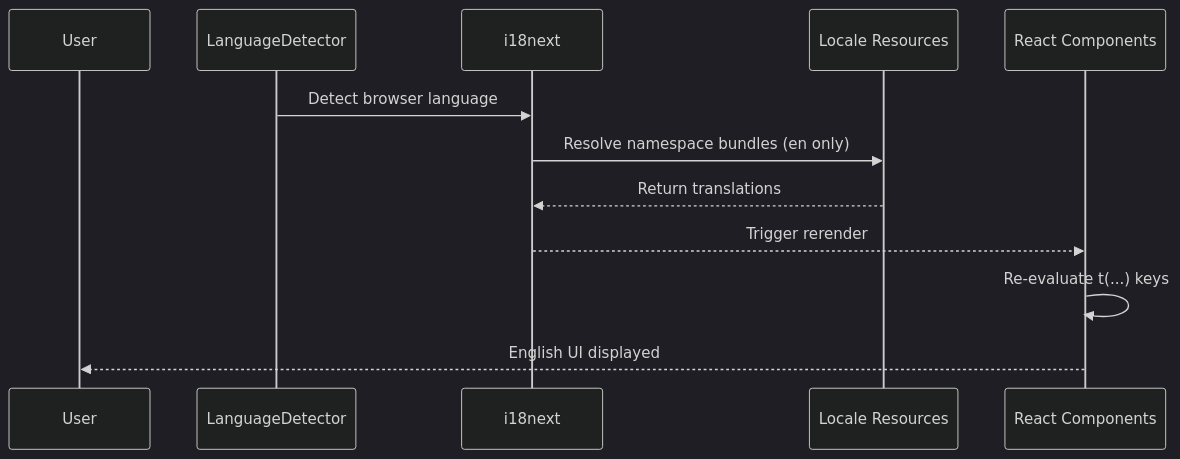
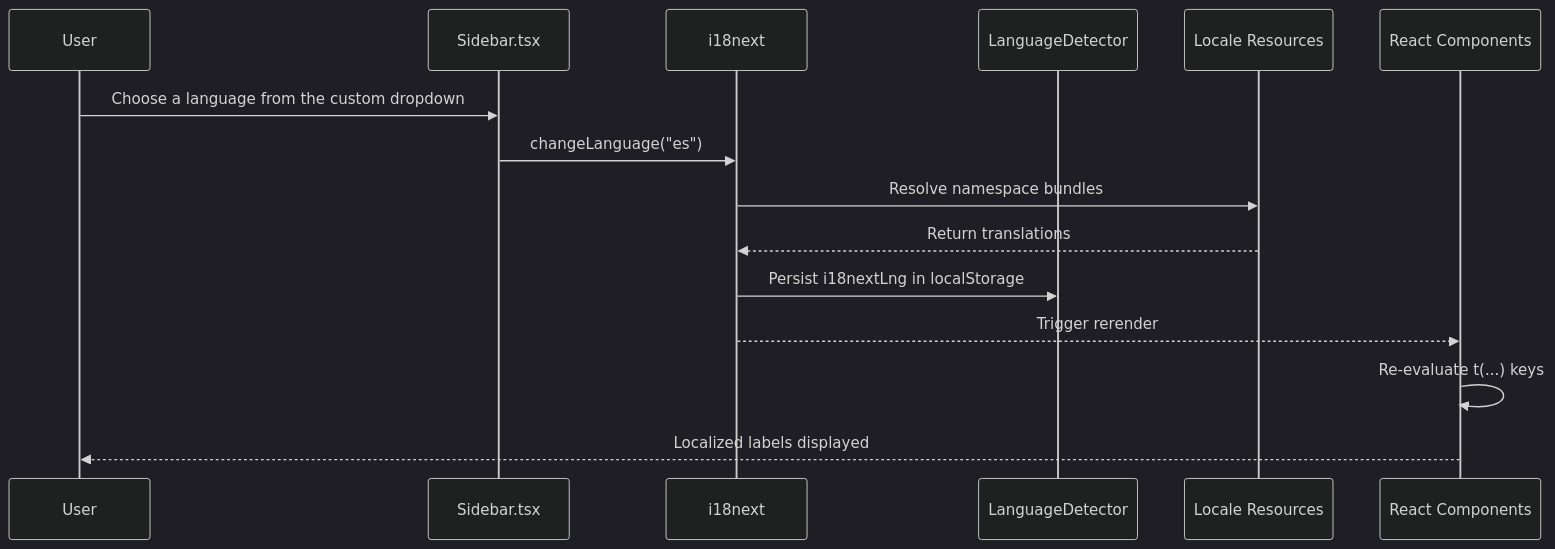
The fourth of 7 diagrams in docs/I18N.md (buluma/Code-Agent-Monitor), drawn with Mermaid (dark theme) before and after one commit. The commit also changed other lines of this file and 1142 other files, not shown here.

````diff
--- a/docs/I18N.md
+++ b/docs/I18N.md
@@ -172,15 +182,18 @@
 ```mermaid
 sequenceDiagram
     participant U as User
+    participant SB as Sidebar.tsx
+    participant I as i18next
     participant LD as LanguageDetector
-    participant I as i18next
     participant NS as Locale Resources
     participant UI as React Components
 
-    LD->>I: Detect browser language
-    I->>NS: Resolve namespace bundles (en only)
+    U->>SB: Choose a language from the custom dropdown
+    SB->>I: changeLanguage("es")
+    I->>NS: Resolve namespace bundles
     NS-->>I: Return translations
+    I->>LD: Persist i18nextLng in localStorage
     I-->>UI: Trigger rerender
     UI->>UI: Re-evaluate t(...) keys
-    UI-->>U: English UI displayed
+    UI-->>U: Localized labels displayed
 ```
````
